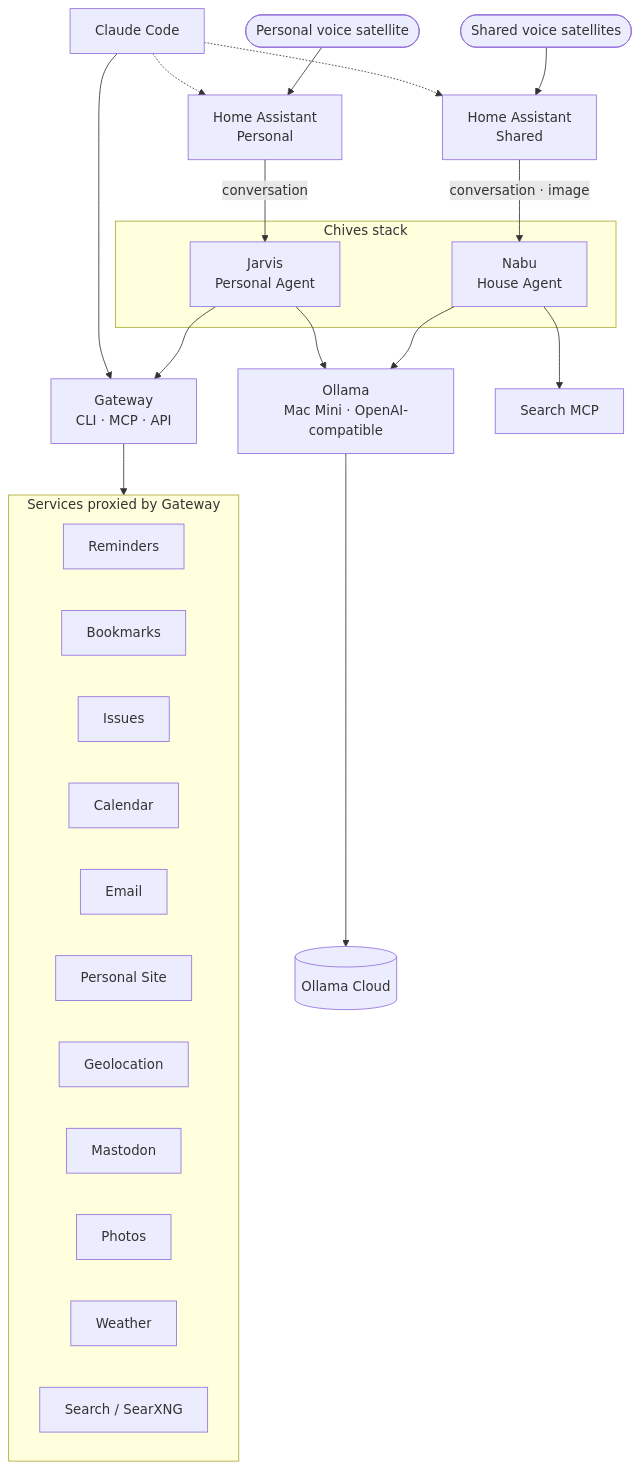
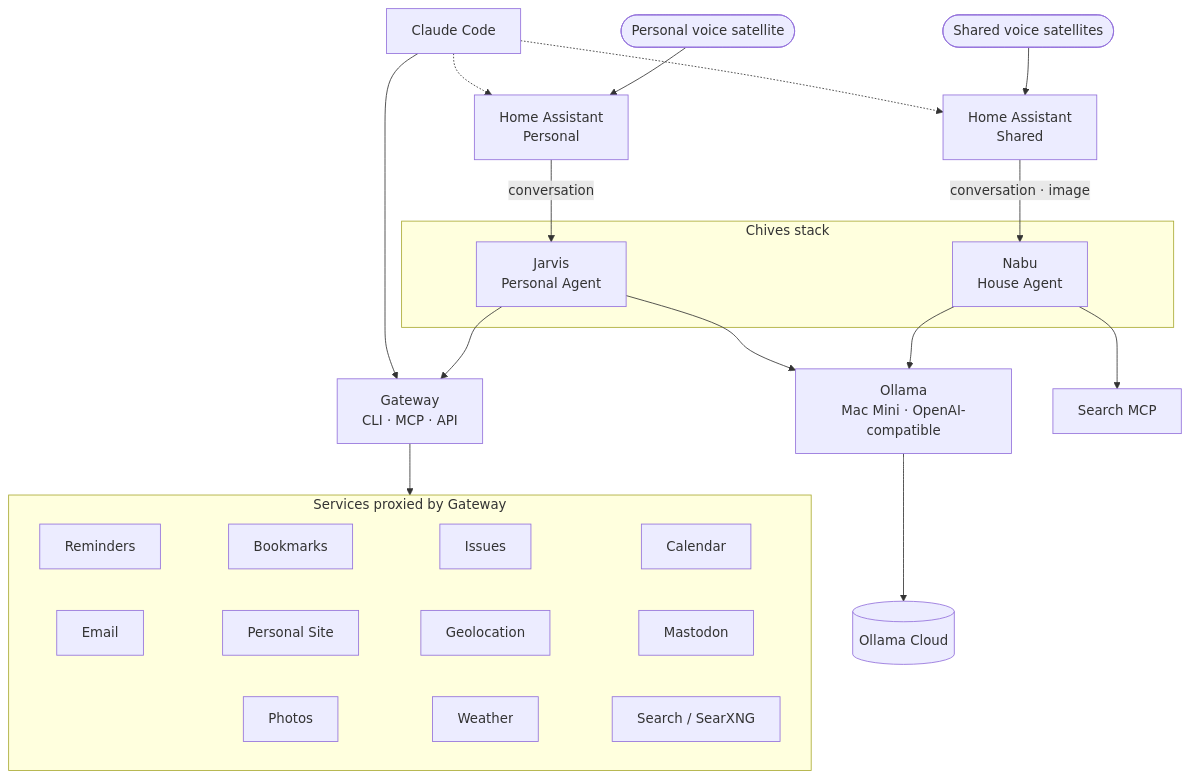
Before and after one commit to awfulwoman/personal-cloud: the diagram in README.md, drawn with Mermaid.

Commit message:
Compact services into rows to reduce diagram height

````diff
--- a/README.md
+++ b/README.md
@@ -7,53 +7,46 @@
 ```mermaid
 flowchart TD
     %% Surfaces I interact with
     CC[Claude Code]
     VoiceShared([Shared voice satellites])
     VoicePersonal([Personal voice satellite])
 
     %% Home Assistant instances
     HAShared[Home Assistant<br/>Shared]
     HAPersonal[Home Assistant<br/>Personal]
 
     %% Agents — both run on the Chives stack
     subgraph Chives["Chives stack"]
         Nabu[Nabu<br/>House Agent]
         Jarvis[Jarvis<br/>Personal Agent]
     end
 
     %% LLM runtime
     Ollama[Ollama<br/>Mac Mini · OpenAI-compatible]
     OllamaCloud[(Ollama Cloud)]
 
     %% Gateway + the services it proxies
     Gateway[Gateway<br/>CLI · MCP · API]
     SearchMCP[Search MCP]
     subgraph Services["Services proxied by Gateway"]
-        Reminders[Reminders]
-        Bookmarks[Bookmarks]
-        Issues[Issues]
-        Calendar[Calendar]
-        Email[Email]
-        Site[Personal Site]
-        Geo[Geolocation]
-        Mastodon[Mastodon]
-        Photos[Photos]
-        Weather[Weather]
-        SearXNG[Search / SearXNG]
+        direction LR
+        Reminders[Reminders] ~~~ Bookmarks[Bookmarks] ~~~ Issues[Issues] ~~~ Calendar[Calendar]
+        Email[Email] ~~~ Site[Personal Site] ~~~ Geo[Geolocation] ~~~ Mastodon[Mastodon]
+        Photos[Photos] ~~~ Weather[Weather] ~~~ SearXNG[Search / SearXNG]
     end
 
     %% Wiring
     VoiceShared --> HAShared
     VoicePersonal --> HAPersonal
     HAShared -->|conversation · image| Nabu
     HAPersonal -->|conversation| Jarvis
     Nabu --> Ollama
     Nabu --> SearchMCP
     Jarvis --> Ollama
     Jarvis --> Gateway
     Ollama --> OllamaCloud
     CC --> Gateway
     CC -.-> HAShared
     CC -.-> HAPersonal
     Gateway --> Services
 ```
````
